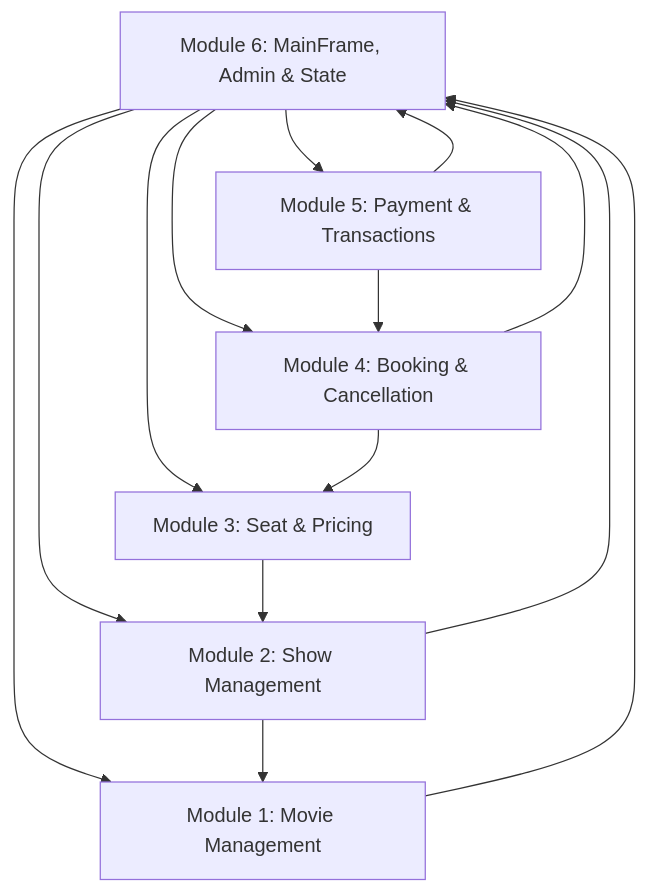
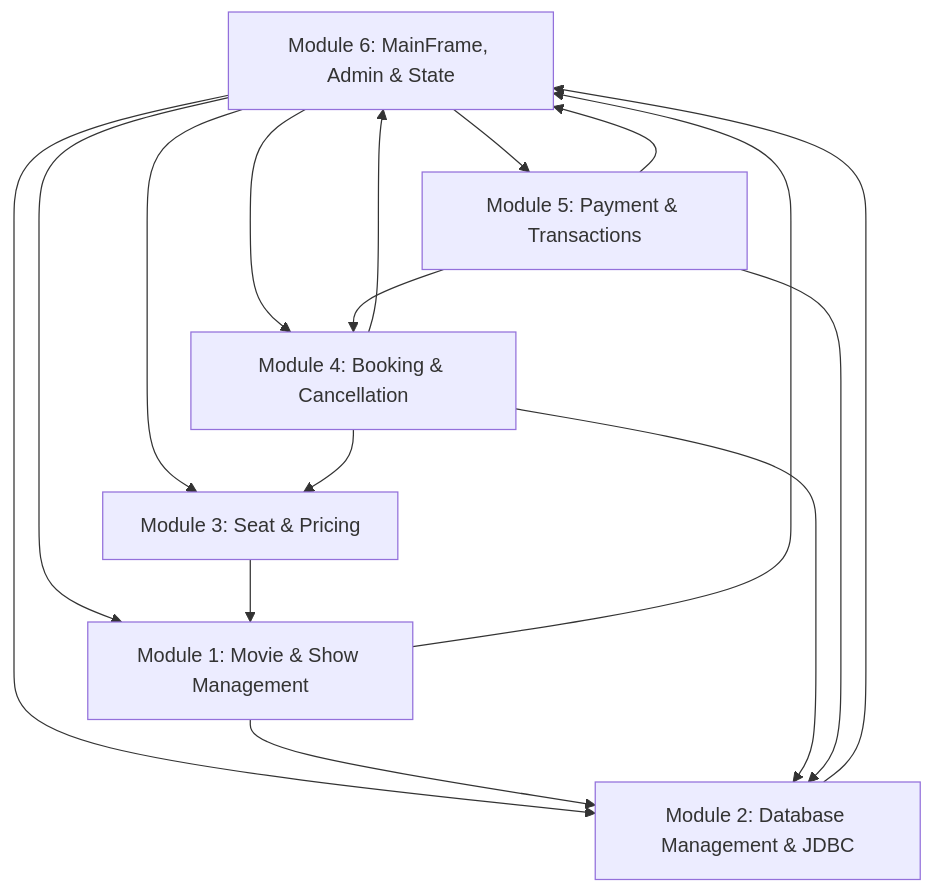
One commit to JosephJoshy2007/S3-OOP-Project changed the diagram in README.md. Above: the diagram before and after it, drawn with Mermaid. The commit also changed other lines of this file and 105 other files, not shown here.

````diff
--- a/README.md
+++ b/README.md
@@ -103,17 +114,19 @@
 ```mermaid
 graph TD
-    M6[Module 6: MainFrame, Admin & State] --> M1[Module 1: Movie Management]
-    M6 --> M2[Module 2: Show Management]
+    M6[Module 6: MainFrame, Admin & State] --> M1[Module 1: Movie & Show Management]
+    M6 --> M2[Module 2: Database Management & JDBC]
     M6 --> M3[Module 3: Seat & Pricing]
     M6 --> M4[Module 4: Booking & Cancellation]
     M6 --> M5[Module 5: Payment & Transactions]
 
+    M1 --> M2
     M1 --> M6
-    M2 --> M1
-    M2 --> M6
-    M3 --> M2
+    M3 --> M1
     M4 --> M3
+    M4 --> M2
     M4 --> M6
     M5 --> M4
+    M5 --> M2
     M5 --> M6
+    M2 --> M6
 ```
````
